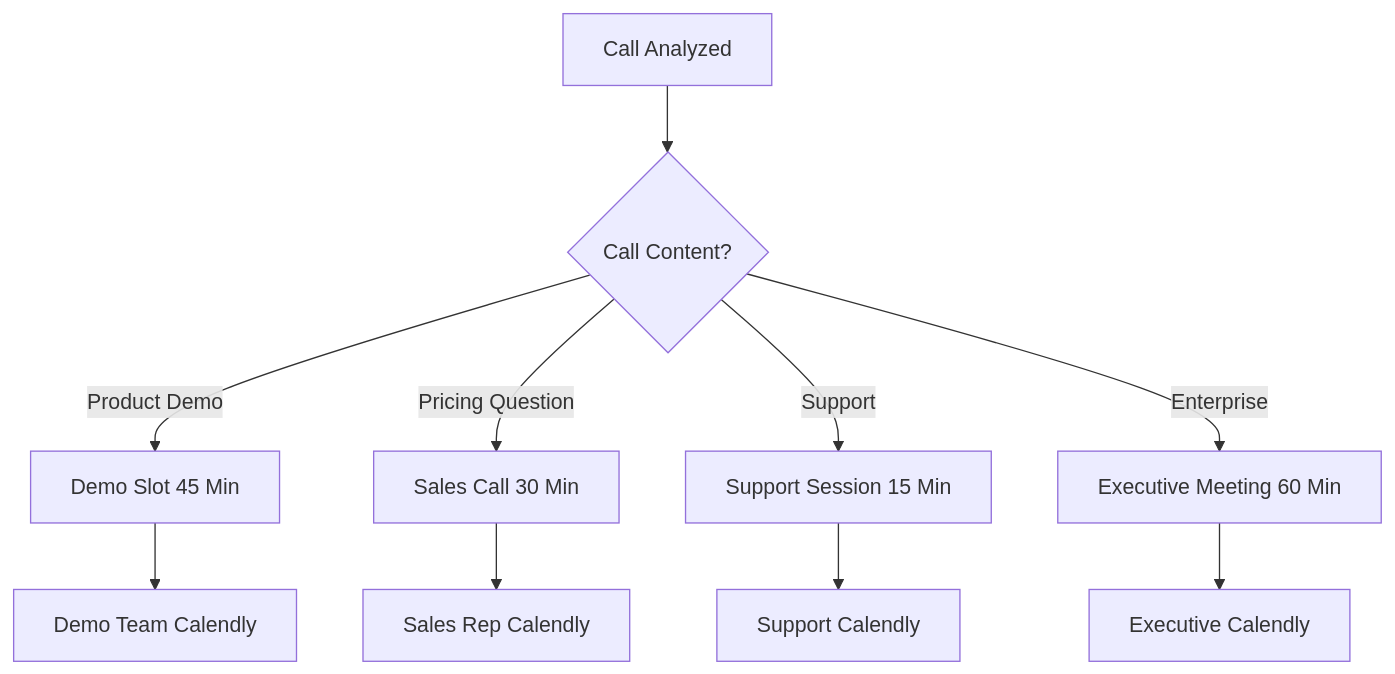
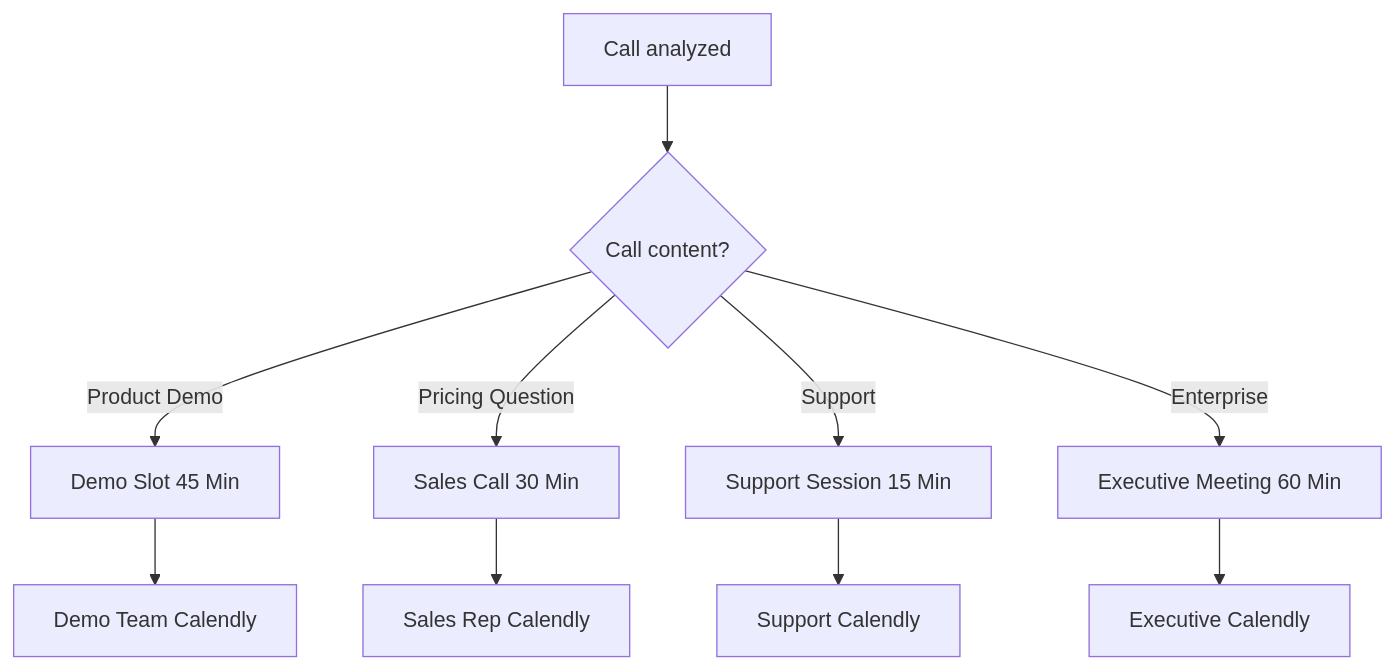
One commit to bekgroup/Famulor-docs-de changed the first of 2 diagrams in en/automation-platform/integrations/einzelintegrations/calendly.mdx. Above: the diagram before and after it, drawn with Mermaid. The commit also changed other lines of this file and 16 other files, not shown here.

````diff
--- a/en/automation-platform/integrations/einzelintegrations/calendly.mdx
+++ b/en/automation-platform/integrations/einzelintegrations/calendly.mdx
@@ -34,13 +35,13 @@
 ```mermaid
 graph TD
-    A[Call Analyzed] --> B{Call Content?}
+    A[Call analyzed] --> B{Call content?}
     B -->|Product Demo| C[Demo Slot 45 Min]
     B -->|Pricing Question| D[Sales Call 30 Min]
     B -->|Support| E[Support Session 15 Min]
     B -->|Enterprise| F[Executive Meeting 60 Min]
     
     C --> G[Demo Team Calendly]
     D --> H[Sales Rep Calendly]
     E --> I[Support Calendly]
     F --> J[Executive Calendly]
 ```
````
